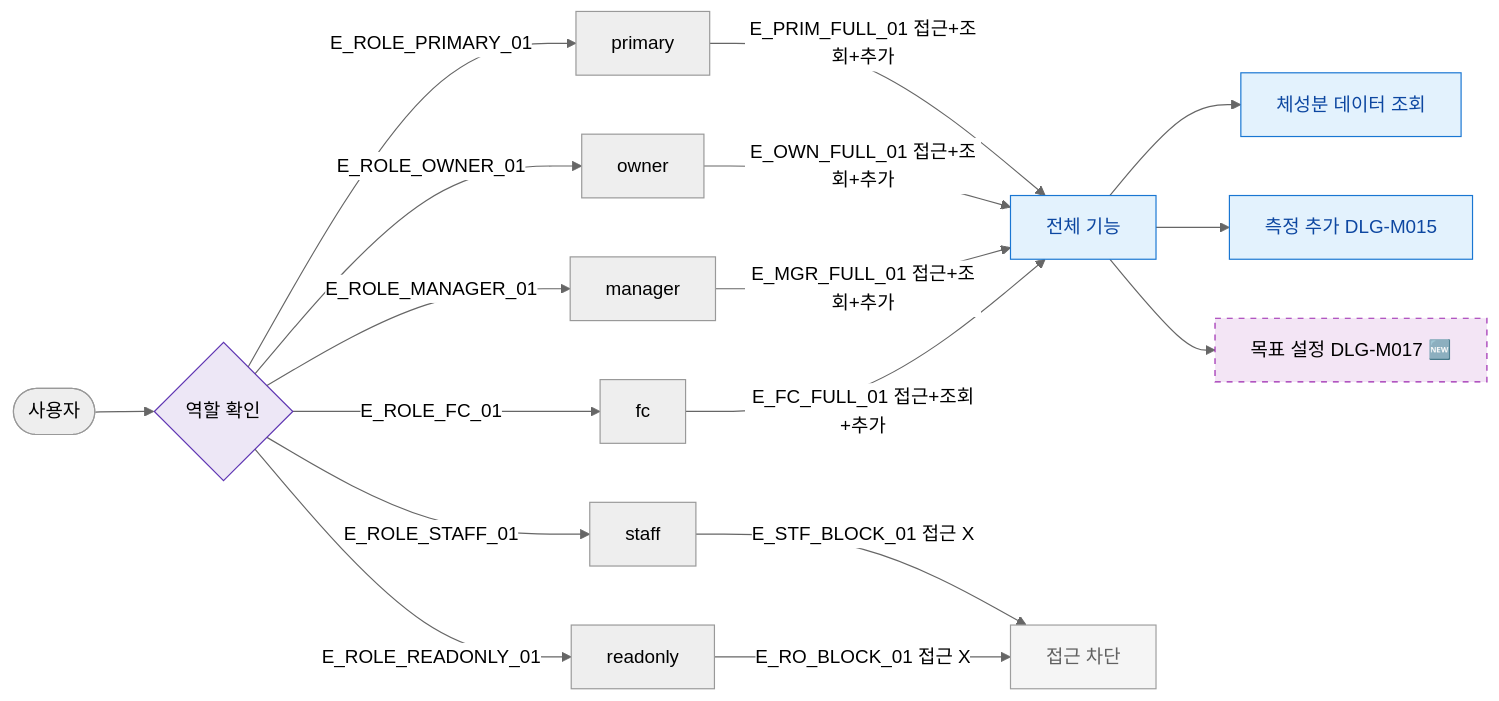
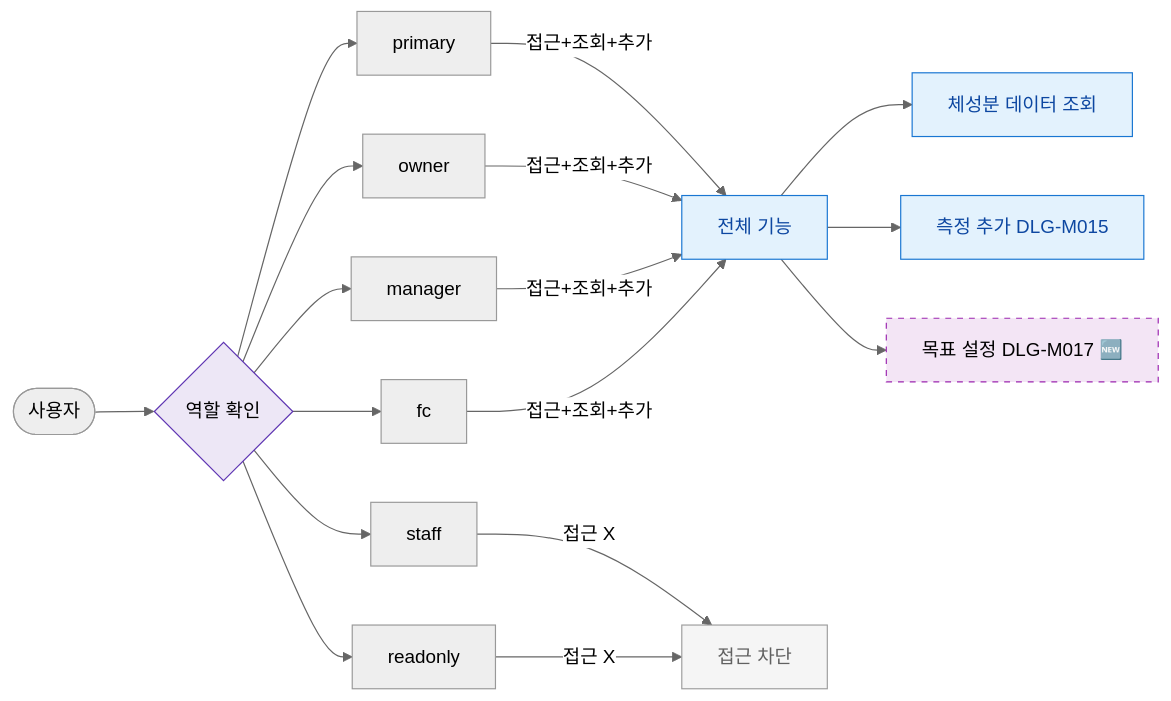
One commit to dev-spogym/admin-pando changed the diagram in docs/다이어그램/D02_회원관리/SCR-M006_체성분관리/F7_권한분기.md. Above: the diagram before and after it, drawn with Mermaid (neutral theme). The commit also changed other lines of this file and 1660 other files, not shown here.

First line of the commit message:
다이어그램: 기획자/클라이언트 납품본으로 정리

````diff
--- a/docs/다이어그램/D02_회원관리/SCR-M006_체성분관리/F7_권한분기.md
+++ b/docs/다이어그램/D02_회원관리/SCR-M006_체성분관리/F7_권한분기.md
@@ -22,35 +20,35 @@
 ```mermaid
 flowchart LR
   USER([사용자])
 
   USER --> ROLE{역할 확인}
 
-  ROLE -->|E_ROLE_PRIMARY_01| PRIM[primary]
-  ROLE -->|E_ROLE_OWNER_01| OWN[owner]
-  ROLE -->|E_ROLE_MANAGER_01| MGR[manager]
-  ROLE -->|E_ROLE_FC_01| FC[fc]
-  ROLE -->|E_ROLE_STAFF_01| STF[staff]
-  ROLE -->|E_ROLE_READONLY_01| RO[readonly]
+  ROLE --> PRIM[primary]
+  ROLE --> OWN[owner]
+  ROLE --> MGR[manager]
+  ROLE --> FC[fc]
+  ROLE --> STF[staff]
+  ROLE --> RO[readonly]
 
-  PRIM -->|E_PRIM_FULL_01 접근+조회+추가| FULL_ACCESS[전체 기능]
-  OWN  -->|E_OWN_FULL_01 접근+조회+추가| FULL_ACCESS
-  MGR  -->|E_MGR_FULL_01 접근+조회+추가| FULL_ACCESS
-  FC   -->|E_FC_FULL_01 접근+조회+추가| FULL_ACCESS
+  PRIM -->|접근+조회+추가|FULL_ACCESS[전체 기능]
+  OWN -->|접근+조회+추가|FULL_ACCESS
+  MGR -->|접근+조회+추가|FULL_ACCESS
+  FC -->|접근+조회+추가|FULL_ACCESS
 
-  STF  -->|E_STF_BLOCK_01 접근 X| BLOCKED[접근 차단]
-  RO   -->|E_RO_BLOCK_01 접근 X| BLOCKED
+  STF -->|접근 X|BLOCKED[접근 차단]
+  RO -->|접근 X|BLOCKED
 
   FULL_ACCESS --> ACT_VIEW[체성분 데이터 조회]
   FULL_ACCESS --> ACT_ADD[측정 추가 DLG-M015]
   FULL_ACCESS --> ACT_GOAL[목표 설정 DLG-M017 🆕]
 
-  classDef screen      fill:#E3F2FD,stroke:#1976D2,color:#0D47A1
+  classDef screen fill:#E3F2FD,stroke:#1976D2,color:#0D47A1
   classDef rbacBlocked fill:#F5F5F5,stroke:#9E9E9E,color:#616161
-  classDef system      fill:#EDE7F6,stroke:#5E35B2
-  classDef newFeature  fill:#F3E5F5,stroke:#9C27B0,stroke-dasharray:5 5
+  classDef system fill:#EDE7F6,stroke:#5E35B2
+  classDef newFeature fill:#F3E5F5,stroke:#9C27B0,stroke-dasharray:5 5
 
   class FULL_ACCESS,ACT_VIEW,ACT_ADD screen
   class ACT_GOAL newFeature
   class BLOCKED rbacBlocked
   class ROLE system
 ```
````
